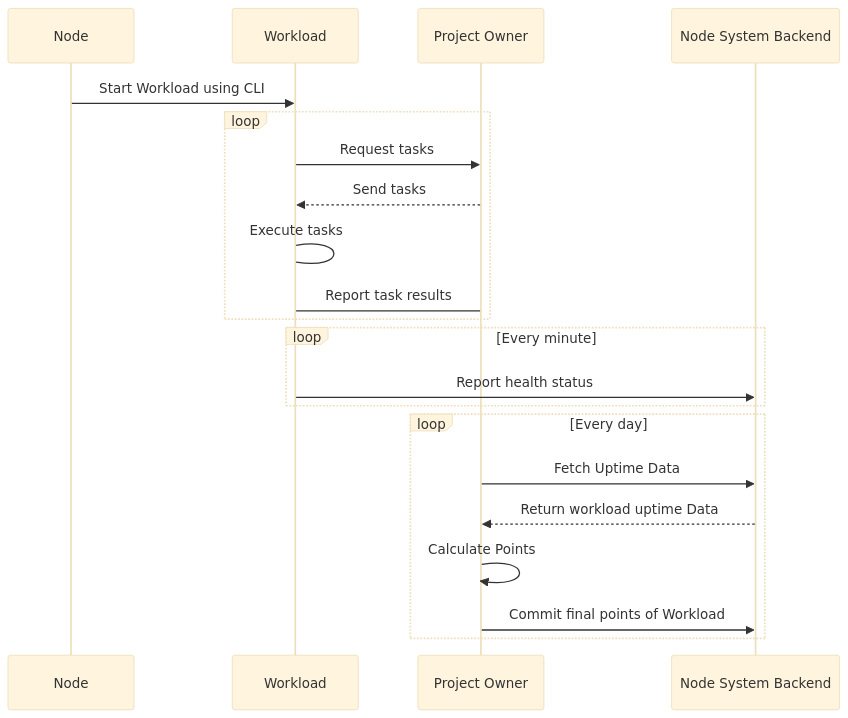
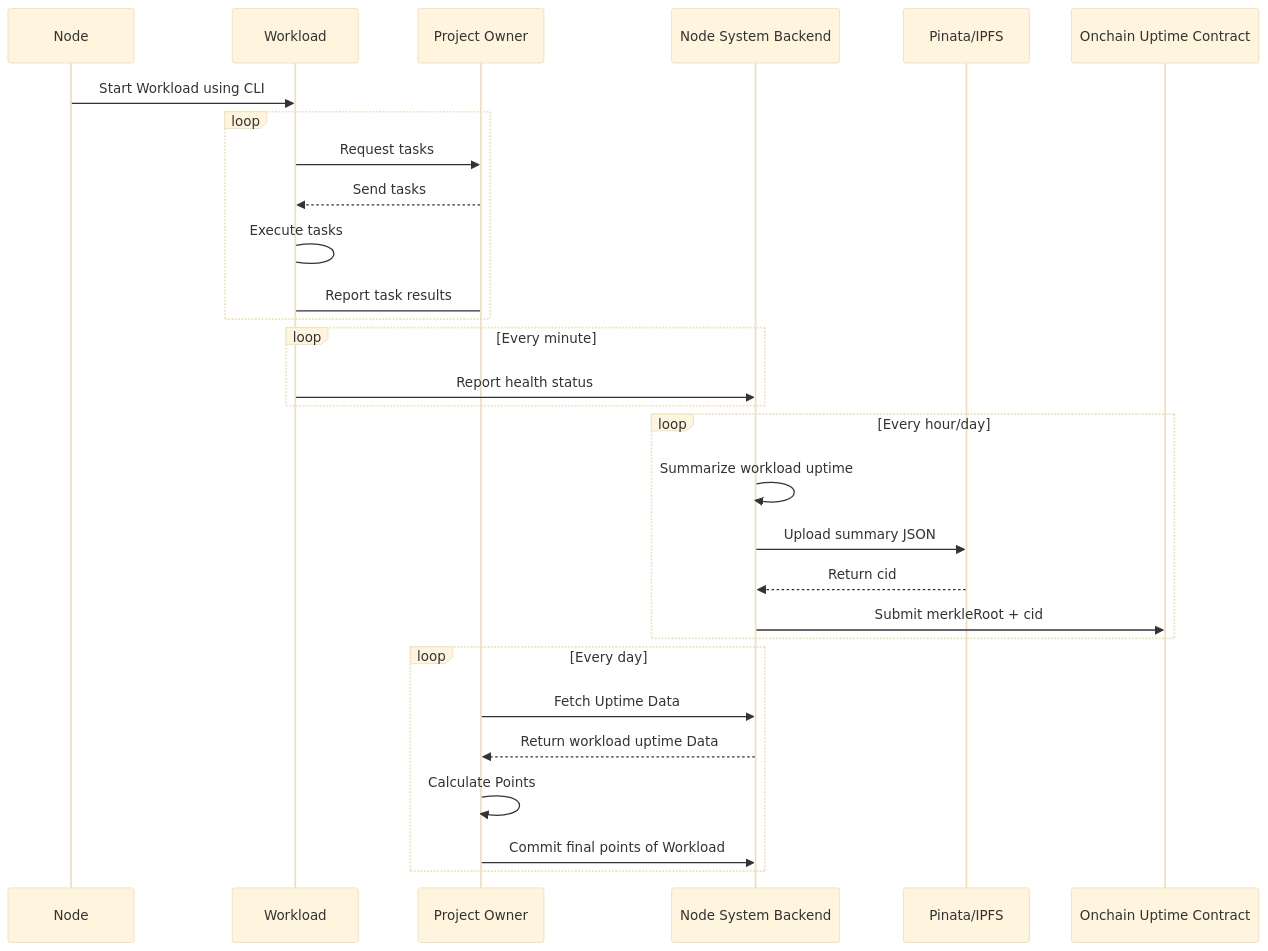
The diagram in docs/index.md (LFGInc/node-system-docs), drawn with Mermaid (base theme) before and after one commit. The commit also changed other lines of this file and 2 other files, not shown here.

Commit message:
docs: replace datagram integration with onchain uptime flow

````diff
--- a/docs/index.md
+++ b/docs/index.md
@@ -45,27 +47,36 @@
 ```mermaid
 sequenceDiagram
     participant Node
     participant Workload
     participant PO as Project Owner
     participant Backend as Node System Backend
+    participant IPFS as Pinata/IPFS
+    participant Contract as Onchain Uptime Contract
 
     Node->>Workload: Start Workload using CLI
 
     loop
         Workload->>PO: Request tasks
         PO-->>Workload: Send tasks
         Workload->Workload: Execute tasks
         Workload->PO: Report task results
     end
     
     loop Every minute
         Workload->>Backend: Report health status
     end
 
+    loop Every hour/day
+        Backend->>Backend: Summarize workload uptime
+        Backend->>IPFS: Upload summary JSON
+        IPFS-->>Backend: Return cid
+        Backend->>Contract: Submit merkleRoot + cid
+    end
+
     loop Every day
         PO->>Backend: Fetch Uptime Data
         Backend-->>PO: Return workload uptime Data
         PO->>PO: Calculate Points
         PO->>Backend: Commit final points of Workload
     end
 ```
````
